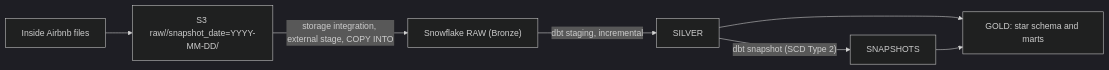
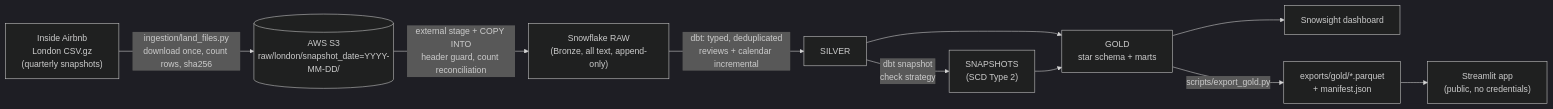
The first of 3 diagrams in README.md (twarangupta/airbnb-elt), drawn with Mermaid (dark theme) before and after one commit. The commit also changed other lines of this file, not shown here.

````diff
--- a/README.md
+++ b/README.md
@@ -13,9 +13,12 @@
 ```mermaid
 flowchart LR
-  F["Inside Airbnb files"] --> S3["S3 raw/<city>/snapshot_date=YYYY-MM-DD/"]
-  S3 -->|"storage integration, external stage, COPY INTO"| R["Snowflake RAW (Bronze)"]
-  R -->|"dbt staging, incremental"| S["SILVER"]
-  S -->|"dbt snapshot (SCD Type 2)"| H["SNAPSHOTS"]
-  S --> G["GOLD: star schema and marts"]
-  H --> G
+  IA["Inside Airbnb<br/>London CSV.gz<br/>(quarterly snapshots)"] -->|"ingestion/land_files.py<br/>download once, count rows, sha256"| S3[("AWS S3<br/>raw/london/snapshot_date=YYYY-MM-DD/")]
+  S3 -->|"external stage + COPY INTO<br/>header guard, count reconciliation"| RAW["Snowflake RAW<br/>(Bronze, all text, append-only)"]
+  RAW -->|"dbt: typed, deduplicated<br/>reviews + calendar incremental"| SIL["SILVER"]
+  SIL -->|"dbt snapshot<br/>check strategy"| SNAP["SNAPSHOTS<br/>(SCD Type 2)"]
+  SIL --> GOLD["GOLD<br/>star schema + marts"]
+  SNAP --> GOLD
+  GOLD --> SS["Snowsight dashboard"]
+  GOLD -->|"scripts/export_gold.py"| PQ["exports/gold/*.parquet<br/>+ manifest.json"]
+  PQ --> ST["Streamlit app<br/>(public, no credentials)"]
 ```
````
